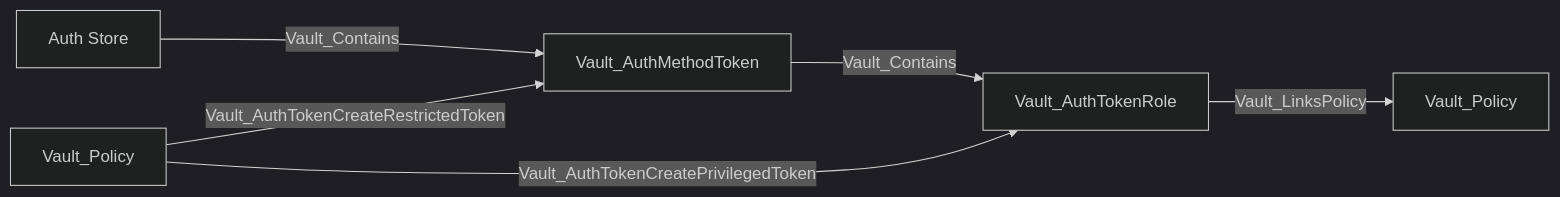
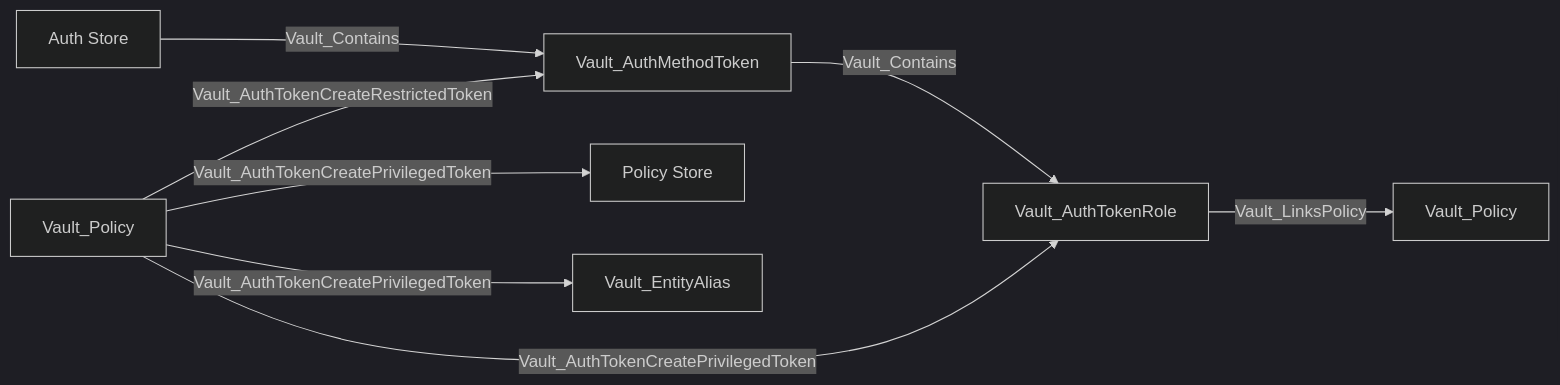
One commit to bytewreck/opengraph-vault changed diagram 33 of 38 in Documentation/stores/AUTH.md. Above: the diagram before and after it, drawn with Mermaid (dark theme). The commit also changed other lines of this file and 12 other files, not shown here.

````diff
--- a/Documentation/stores/AUTH.md
+++ b/Documentation/stores/AUTH.md
@@ -530,8 +528,10 @@
 ```mermaid
 flowchart LR
     store[Auth Store] -->|Vault_Contains| method[Vault_AuthMethodToken]
     method -->|Vault_Contains| role[Vault_AuthTokenRole]
     admin[Vault_Policy] -->|Vault_AuthTokenCreateRestrictedToken| method
     admin -->|Vault_AuthTokenCreatePrivilegedToken| role
+    admin -->|Vault_AuthTokenCreatePrivilegedToken| policyStore[Policy Store]
+    admin -->|Vault_AuthTokenCreatePrivilegedToken| alias[Vault_EntityAlias]
     role -->|Vault_LinksPolicy| granted[Vault_Policy]
 ```
````
